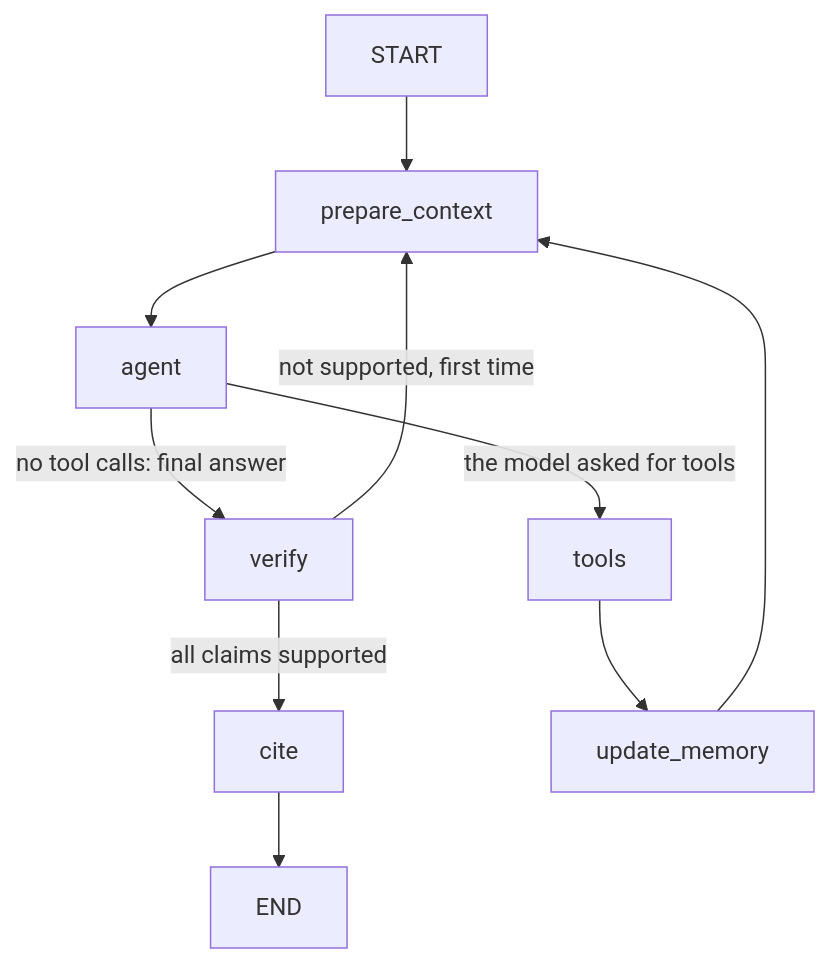
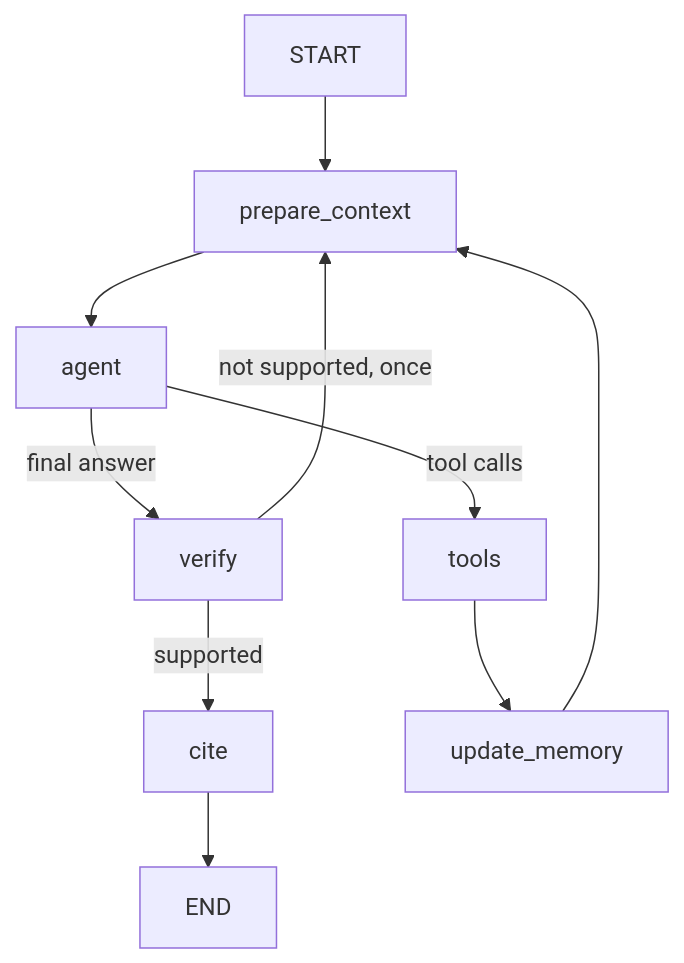
The diagram in README.md (Oenarion/EO_agent), drawn with Mermaid before and after one commit. The commit also changed other lines of this file and 3 other files, not shown here.

````diff
--- a/README.md
+++ b/README.md
@@ -141,12 +70,12 @@
 ```mermaid
 flowchart TD
     START --> prepare_context
     prepare_context --> agent
-    agent -->|the model asked for tools| tools
-    agent -->|no tool calls: final answer| verify
-    verify -->|all claims supported| cite
-    verify -->|not supported, first time| prepare_context
+    agent -->|tool calls| tools
+    agent -->|final answer| verify
+    verify -->|supported| cite
+    verify -->|not supported, once| prepare_context
     cite --> END
     tools --> update_memory
     update_memory --> prepare_context
 ```
````
